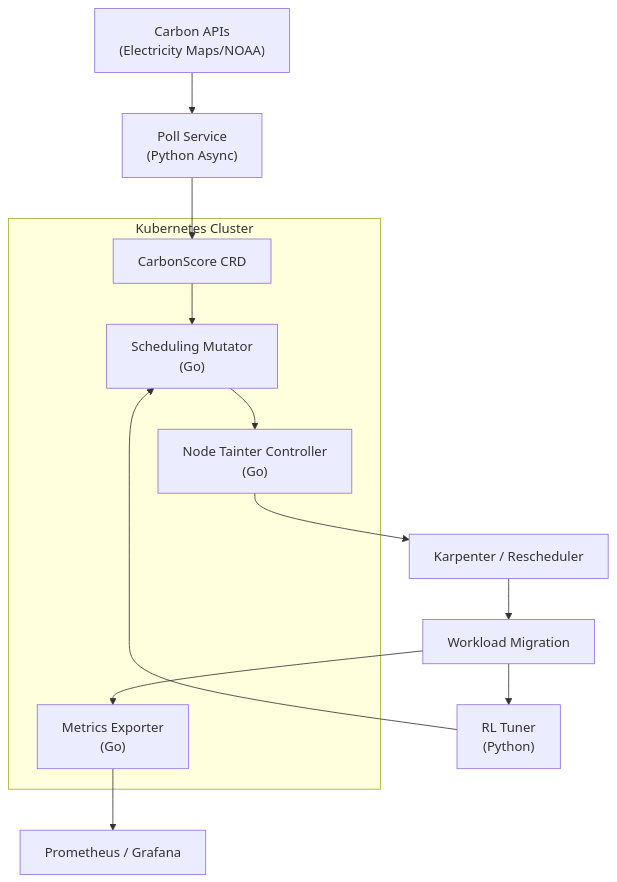
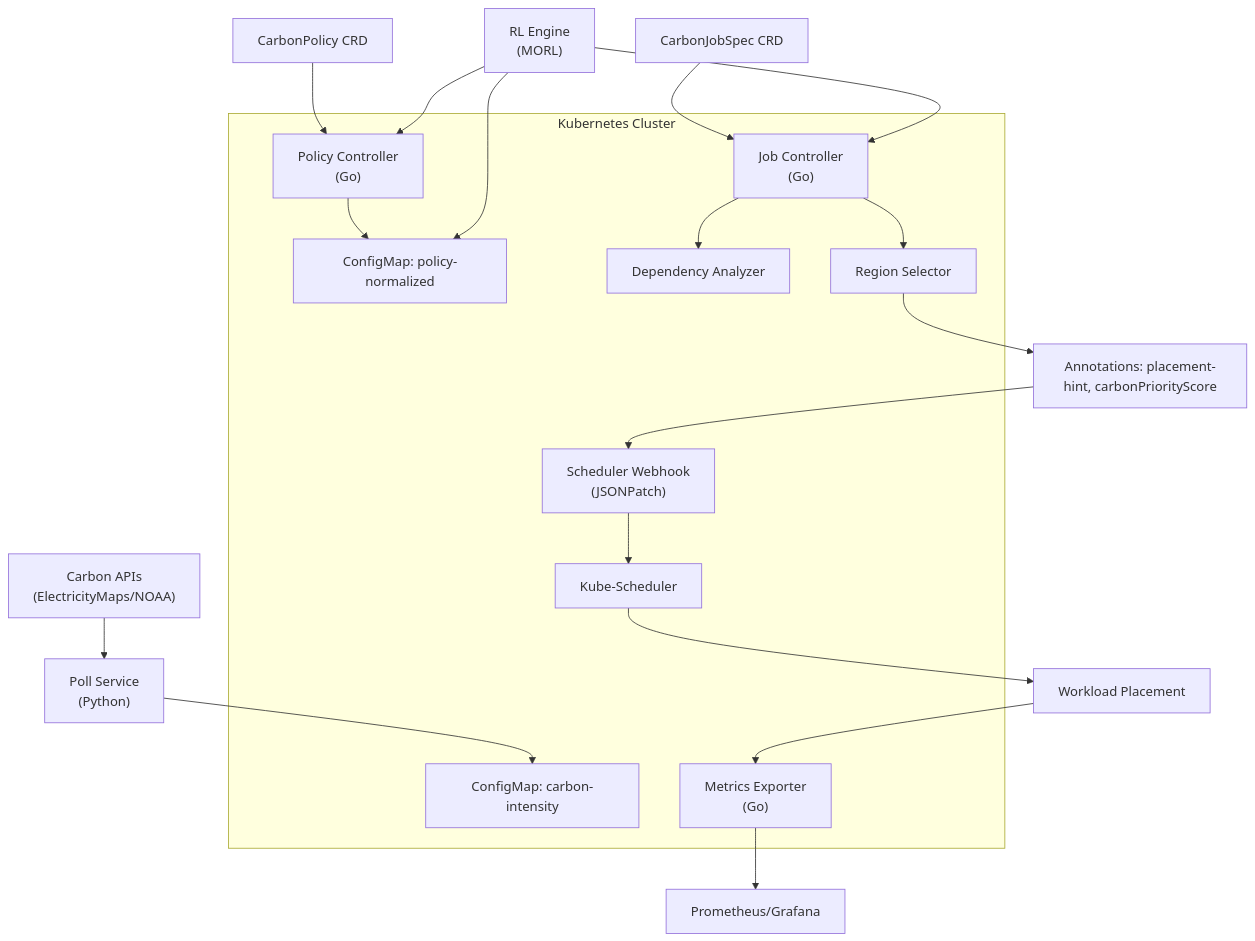
One commit to shashibhat/Carbon-Kube changed the diagram in README.md. Above: the diagram before and after it, drawn with Mermaid. The commit also changed other lines of this file and 60 other files, not shown here.

````diff
--- a/README.md
+++ b/README.md
@@ -47,16 +48,28 @@
 ```mermaid
 graph TD
-    A["Carbon APIs \n (Electricity Maps/NOAA)"] --> B["Poll Service \n (Python Async)"]
-    B --> C["CarbonScore CRD"]
-    C --> D["Scheduling Mutator<br>(Go)"]
-    D --> E["Node Tainter Controller<br>(Go)"]
-    E --> F["Karpenter / Rescheduler"]
-    F --> G["Workload Migration"]
-    G --> H["Metrics Exporter<br>(Go)"]
-    H --> I["Prometheus / Grafana"]
-    G --> J["RL Tuner<br>(Python)"]
-    J --> D
+    A["Carbon APIs\n(ElectricityMaps/NOAA)"] --> B["Poll Service\n(Python)"]
+    B --> CM1["ConfigMap: carbon-intensity"]
+
+    P["CarbonPolicy CRD"] --> PC["Policy Controller\n(Go)"]
+    PC --> CM2["ConfigMap: policy-normalized"]
+
+    J["CarbonJobSpec CRD"] --> JC["Job Controller\n(Go)"]
+    JC --> DA["Dependency Analyzer"]
+    JC --> RS["Region Selector"]
+    RS --> ANN["Annotations: placement-hint, carbonPriorityScore"]
+
+    ANN --> WH["Scheduler Webhook\n(JSONPatch)"]
+    WH --> S["Kube-Scheduler"]
+    S --> G["Workload Placement"]
+
+    G --> M["Metrics Exporter\n(Go)"]
+    M --> PR["Prometheus/Grafana"]
+
+    RL["RL Engine\n(MORL)"] --> PC
+    RL --> JC
+    RL --> CM2
+
     subgraph "Kubernetes Cluster"
-        C; D; E; H
+        CM1; CM2; PC; JC; DA; RS; WH; S; M
     end
 ```
````
